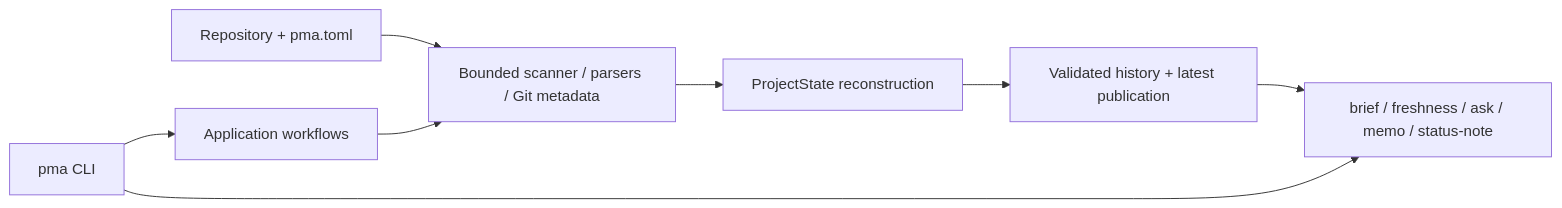
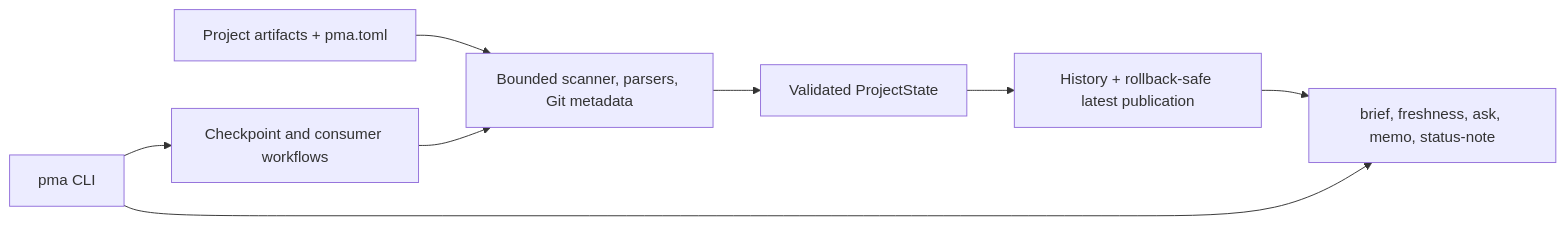
The diagram in README.md (selinagu/project-memory-agent), drawn with Mermaid before and after one commit. The commit also changed other lines of this file and 6 other files, not shown here.

````diff
--- a/README.md
+++ b/README.md
@@ -317,10 +71,10 @@
 ```mermaid
 flowchart LR
-    CLI[pma CLI] --> Workflows[Application workflows]
-    Repo[Repository + pma.toml] --> Collection[Bounded scanner / parsers / Git metadata]
-    Workflows --> Collection
-    Collection --> State[ProjectState reconstruction]
-    State --> Storage[Validated history + latest publication]
-    Storage --> Consumers[brief / freshness / ask / memo / status-note]
-    CLI --> Consumers
+    Repo[Project artifacts + pma.toml] --> Collect[Bounded scanner, parsers, Git metadata]
+    CLI[pma CLI] --> Flow[Checkpoint and consumer workflows]
+    Flow --> Collect
+    Collect --> State[Validated ProjectState]
+    State --> Store[History + rollback-safe latest publication]
+    Store --> Read[brief, freshness, ask, memo, status-note]
+    CLI --> Read
 ```
````
